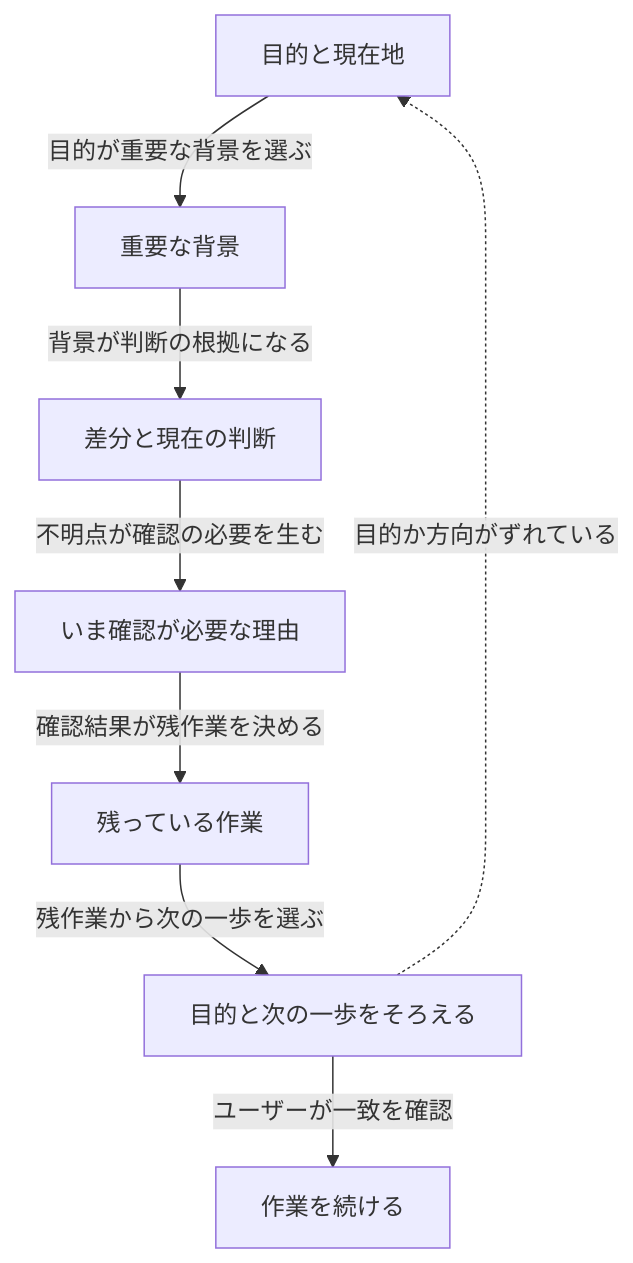
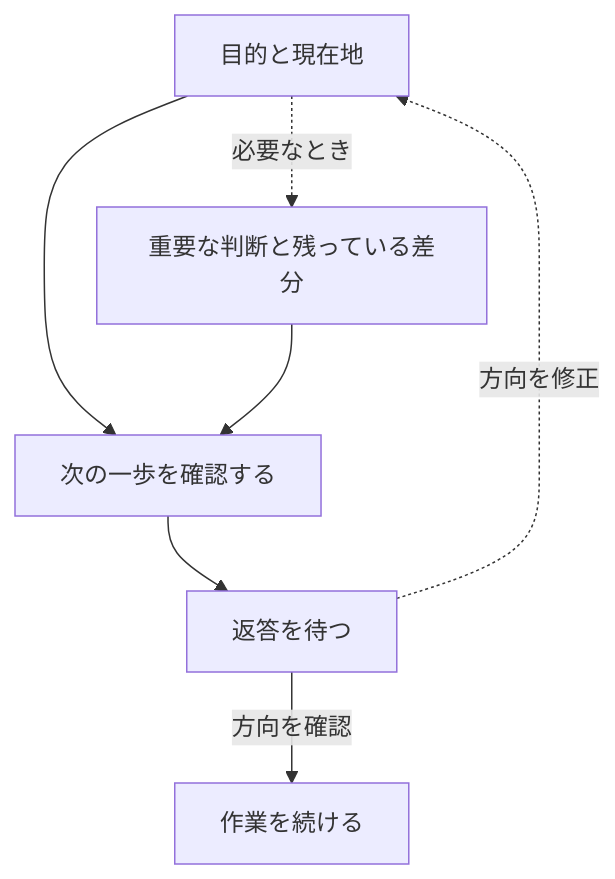
One commit to kouko/loom-plugins changed the diagram in loom-workflow/skills/recap-state/README.ja.md. Above: the diagram before and after it, drawn with Mermaid. The commit also changed other lines of this file and 4 other files, not shown here.

````diff
--- a/loom-workflow/skills/recap-state/README.ja.md
+++ b/loom-workflow/skills/recap-state/README.ja.md
@@ -30,10 +30,9 @@
 ```mermaid
 graph TB
-    Purpose["目的と現在地"] -->|"目的が重要な背景を選ぶ"| Background["重要な背景"]
-    Background -->|"背景が判断の根拠になる"| Assessment["差分と現在の判断"]
-    Assessment -->|"不明点が確認の必要を生む"| Question["いま確認が必要な理由"]
-    Question -->|"確認結果が残作業を決める"| Pending["残っている作業"]
-    Pending -->|"残作業から次の一歩を選ぶ"| Alignment["目的と次の一歩をそろえる"]
-    Alignment -.->|"目的か方向がずれている"| Purpose
-    Alignment -->|"ユーザーが一致を確認"| Continue["作業を続ける"]
+    Purpose["目的と現在地"] --> Next["次の一歩を確認する"]
+    Purpose -.->|"必要なとき"| History["重要な判断と残っている差分"]
+    History --> Next
+    Next --> Wait["返答を待つ"]
+    Wait -.->|"方向を修正"| Purpose
+    Wait -->|"方向を確認"| Continue["作業を続ける"]
 ```
````
